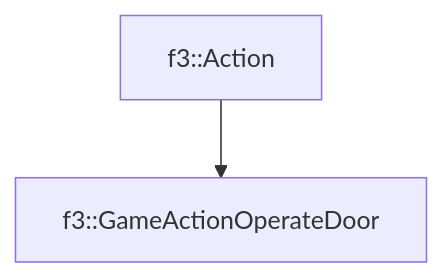
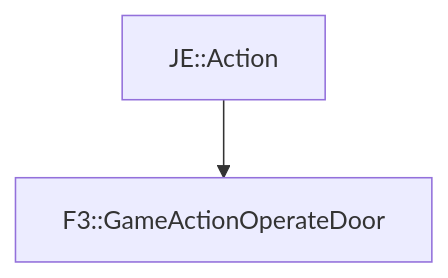
Before and after one commit to OpenJE/openvb: the diagram in docs/f3/GameActionOperateDoor.md, drawn with Mermaid. The commit also changed other lines of this file and 1399 other files, not shown here.

````diff
--- a/docs/f3/GameActionOperateDoor.md
+++ b/docs/f3/GameActionOperateDoor.md
@@ -16,4 +16,4 @@
 ```mermaid
 graph TD;
-    f3::Action --> f3::GameActionOperateDoor
+    JE::Action --> F3::GameActionOperateDoor
 ```
````
